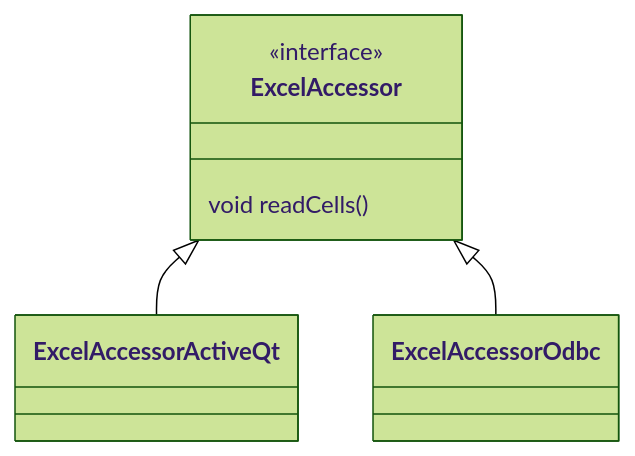
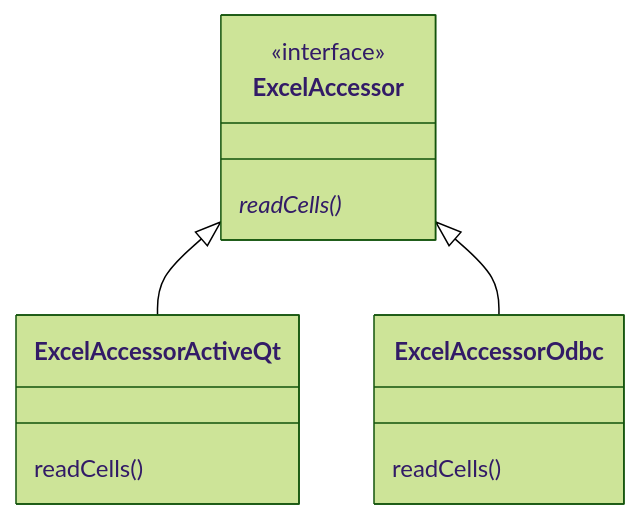
Before and after one commit to argama147/zetprogratv: the first of 3 diagrams in Qt/EARC/doc/AttendanceAccessor.md, drawn with Mermaid (forest theme). The commit also changed other lines of this file, not shown here.

Commit message:
readCells()を修正

````diff
--- a/Qt/EARC/doc/AttendanceAccessor.md
+++ b/Qt/EARC/doc/AttendanceAccessor.md
@@ -2,13 +2,15 @@
 ```mermaid
 classDiagram
     class ExcelAccessor {
-        void readCells()
+        readCells()*
     }
     <<interface>> ExcelAccessor
     class ExcelAccessorActiveQt {
+        readCells()
     }
     class ExcelAccessorOdbc {
+        readCells()
     }
     ExcelAccessor <|-- ExcelAccessorActiveQt
     ExcelAccessor <|-- ExcelAccessorOdbc
 ```
````
